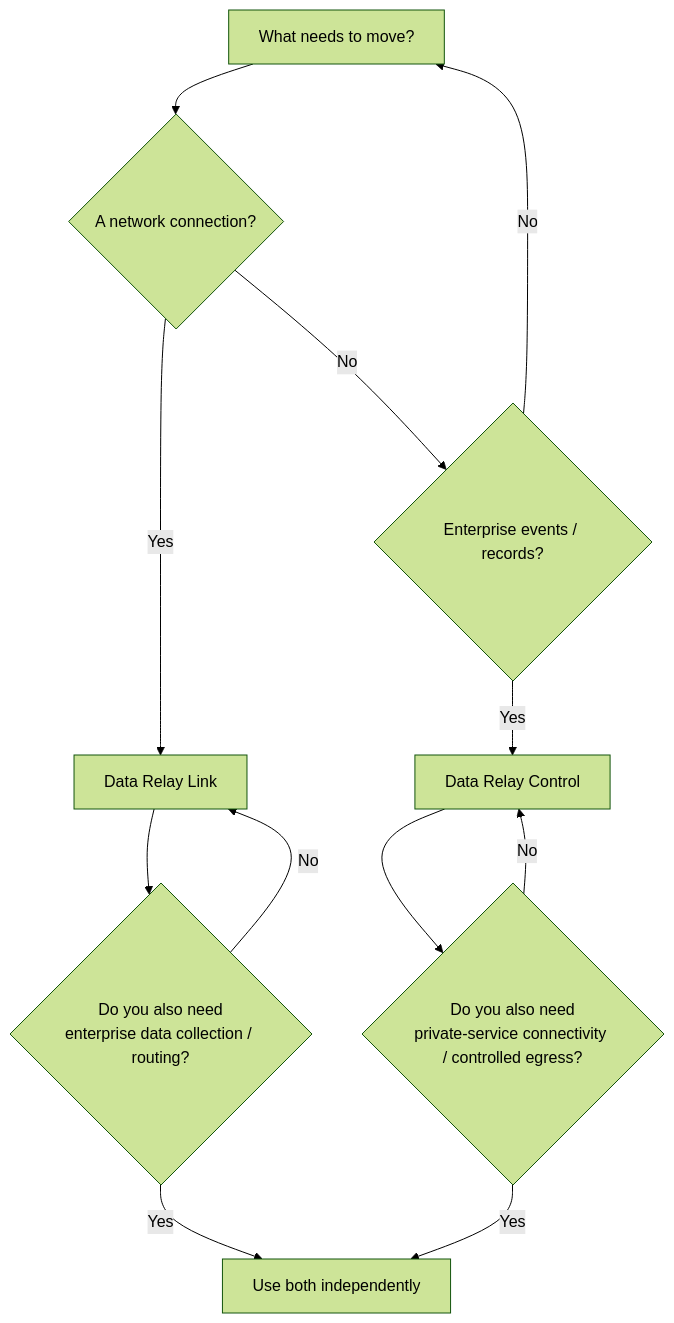
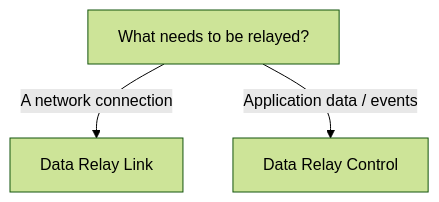
One commit to datarelay-labs/data-relay-docs changed the diagram in getting-started/choose-a-product.mdx. Above: the diagram before and after it, drawn with Mermaid (forest theme). The commit also changed other lines of this file and 12 other files, not shown here.

First line of the commit message:
Correct Data Relay Link and Control positioning

````diff
--- a/getting-started/choose-a-product.mdx
+++ b/getting-started/choose-a-product.mdx
@@ -10,21 +10,6 @@
 ```mermaid
 flowchart TD
-    A[What needs to move?]
-    B{A network connection?}
-    C{Enterprise events / records?}
-    L[Data Relay Link]
-    D[Data Relay Control]
-    BOTH[Use both independently]
-
-    A --> B
-    B -->|Yes| L
-    B -->|No| C
-    C -->|Yes| D
-    C -->|No| A
-    L --> Q{Do you also need\nenterprise data collection / routing?}
-    Q -->|Yes| BOTH
-    Q -->|No| L
-    D --> R{Do you also need\nprivate-service connectivity / controlled egress?}
-    R -->|Yes| BOTH
-    R -->|No| D
+    A[What needs to be relayed?]
+    A -->|A network connection| L[Data Relay Link]
+    A -->|Application data / events| C[Data Relay Control]
 ```
````
